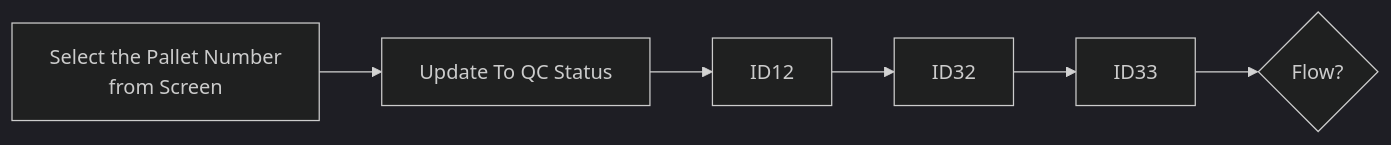
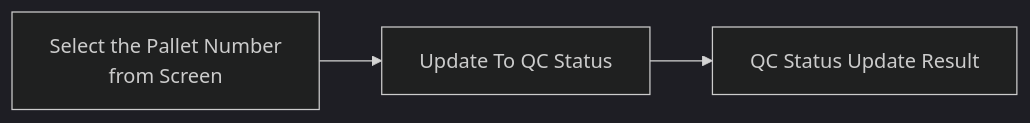
The first of 16 diagrams in Basic-Design/DFD-WMS/Retrieval/QC-Setting/Update-QC-Status.md (luthfiadityaa/SimeDarby-Wiki), drawn with Mermaid (dark theme) before and after one commit. The commit also changed other lines of this file, not shown here.

Commit message:
Updated Update QC Status

```diff
--- a/Basic-Design/DFD-WMS/Retrieval/QC-Setting/Update-QC-Status.md
+++ b/Basic-Design/DFD-WMS/Retrieval/QC-Setting/Update-QC-Status.md
@@ -5,6 +5,6 @@
 ::: mermaid
 flowchart LR
 
 P1[Select the Pallet Number 
-from Screen]-->P2[Update To QC Status]-->P21[ID12]-->P3[ID32]-->P4[ID33]-->Cond1{Flow?} 
+from Screen]-->P2[Update To QC Status]-->P21[QC Status Update Result]
 :::
```
